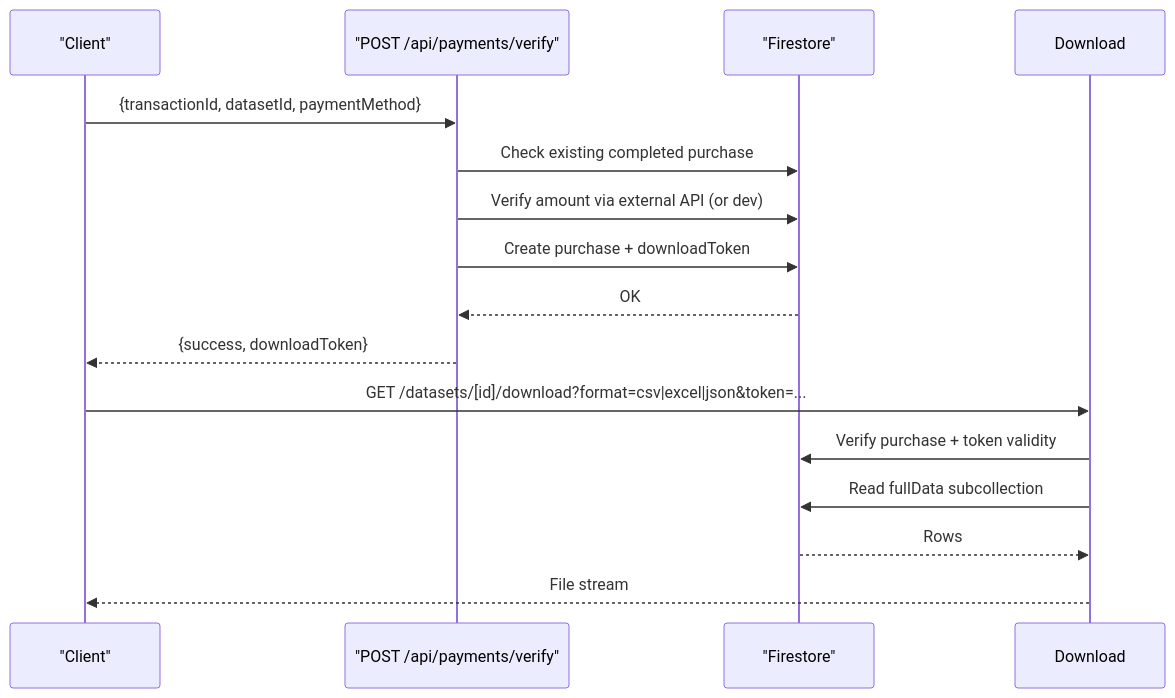
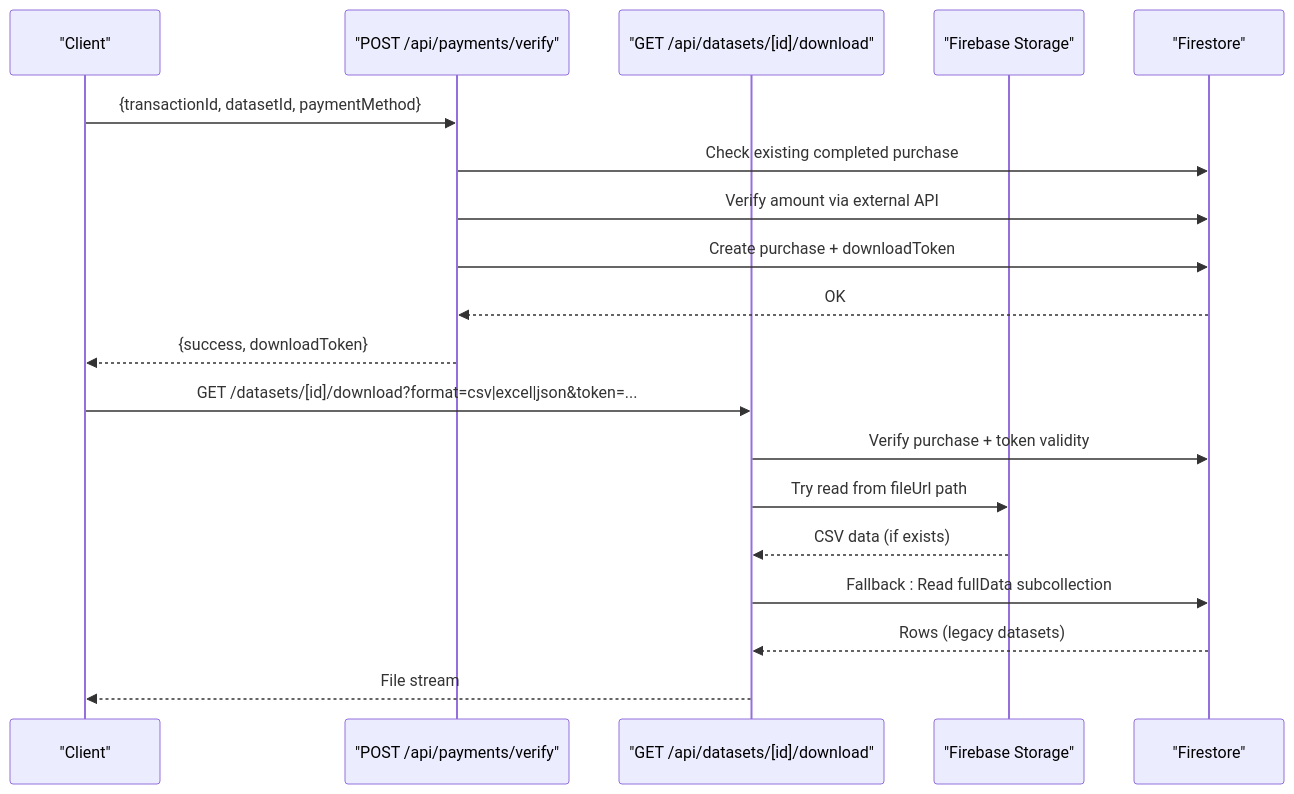
One commit to alikizang/datafrica changed the sixth of 9 diagrams in .qoder/repowiki/en/content/Dataset Management/Dataset Management.md. Above: the diagram before and after it, drawn with Mermaid. The commit also changed other lines of this file and 21 other files, not shown here.

````diff
--- a/.qoder/repowiki/en/content/Dataset Management/Dataset Management.md
+++ b/.qoder/repowiki/en/content/Dataset Management/Dataset Management.md
@@ -323,17 +326,21 @@
 ```mermaid
 sequenceDiagram
 participant Client as "Client"
 participant Verify as "POST /api/payments/verify"
+participant Download as "GET /api/datasets/[id]/download"
+participant Storage as "Firebase Storage"
 participant DB as "Firestore"
 Client->>Verify : {transactionId, datasetId, paymentMethod}
 Verify->>DB : Check existing completed purchase
-Verify->>DB : Verify amount via external API (or dev)
+Verify->>DB : Verify amount via external API
 Verify->>DB : Create purchase + downloadToken
 DB-->>Verify : OK
 Verify-->>Client : {success, downloadToken}
 Client->>Download : GET /datasets/[id]/download?format=csv|excel|json&token=...
 Download->>DB : Verify purchase + token validity
-Download->>DB : Read fullData subcollection
-DB-->>Download : Rows
+Download->>Storage : Try read from fileUrl path
+Storage-->>Download : CSV data (if exists)
+Download->>DB : Fallback : Read fullData subcollection
+DB-->>Download : Rows (legacy datasets)
 Download-->>Client : File stream
 ```
````
